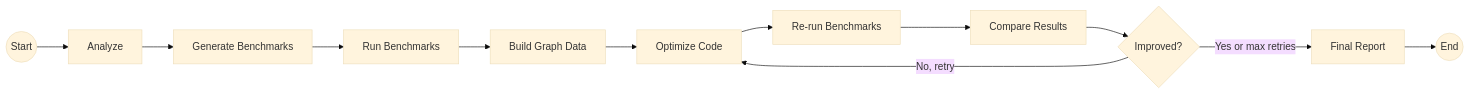
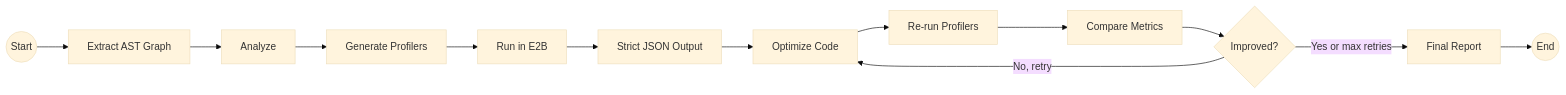
The diagram in plan.md (Cqctxs/genai-genisis), drawn with Mermaid (base theme) before and after one commit. The commit also changed other lines of this file, not shown here.

````diff
--- a/plan.md
+++ b/plan.md
@@ -148,14 +133,15 @@
 ```mermaid
 graph LR
-  Start((Start)) --> Analyze
-  Analyze --> GenBench[Generate Benchmarks]
-  GenBench --> RunBench[Run Benchmarks]
-  RunBench --> Visualize[Build Graph Data]
+  Start((Start)) --> ParseAST[Extract AST Graph]
+  ParseAST --> Analyze
+  Analyze --> GenBench[Generate Profilers]
+  GenBench --> RunBench[Run in E2B]
+  RunBench --> Visualize[Strict JSON Output]
   Visualize --> Optimize[Optimize Code]
-  Optimize --> ReRun[Re-run Benchmarks]
-  ReRun --> Compare[Compare Results]
+  Optimize --> ReRun[Re-run Profilers]
+  ReRun --> Compare[Compare Metrics]
   Compare --> ShouldRetry{Improved?}
   ShouldRetry -->|No, retry| Optimize
   ShouldRetry -->|Yes or max retries| FinalReport[Final Report]
   FinalReport --> Done((End))
 ```
````
